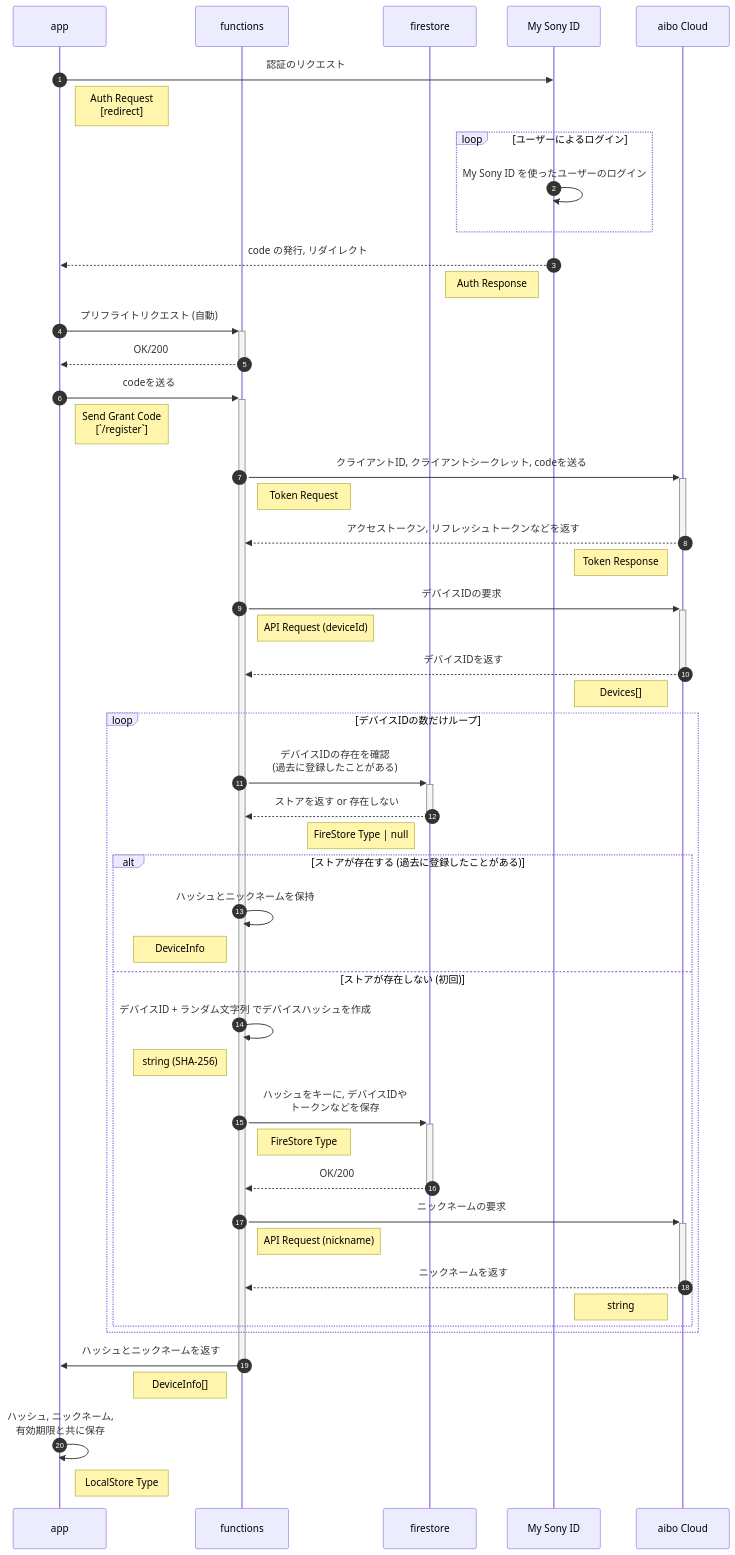
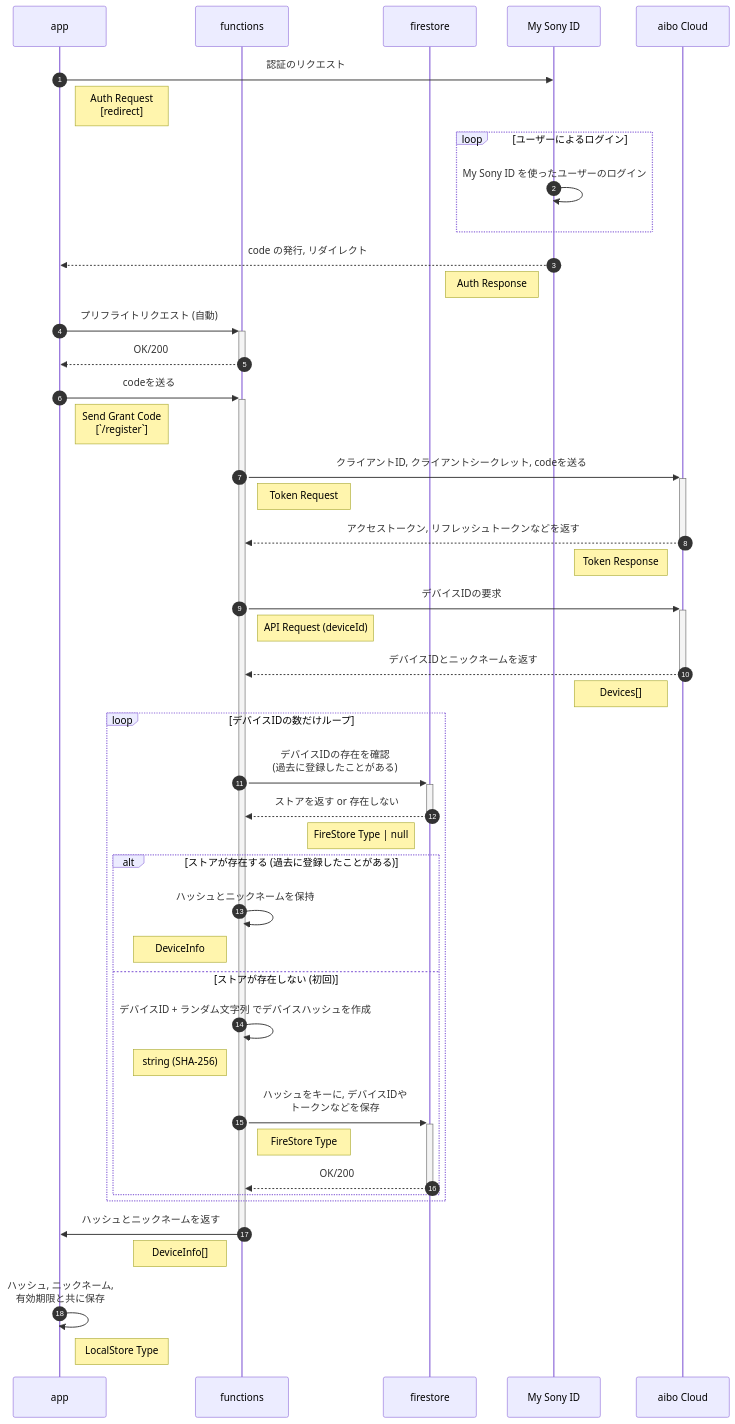
One commit to misc-org/aibo-de-quiz changed the first of 4 diagrams in README.md. Above: the diagram before and after it, drawn with Mermaid.

Commit message:
🐛 ニックネームらへん修正

````diff
--- a/README.md
+++ b/README.md
@@ -23,68 +23,62 @@
 ```mermaid
 sequenceDiagram
   autonumber
 	participant app
 	participant functions
 	participant firestore
 	participant My Sony ID
   participant aibo Cloud
 
 	app ->> My Sony ID: 認証のリクエスト
   Note right of app: Auth Request <br /> [redirect]
 
   loop ユーザーによるログイン
     My Sony ID ->> My Sony ID: My Sony ID を使ったユーザーのログイン
   end
 
   My Sony ID -->> app: code の発行, リダイレクト
   Note left of My Sony ID: Auth Response
 
   app ->>+ functions: プリフライトリクエスト (自動)
   functions -->>- app: OK/200
 
   app ->>+ functions: codeを送る
   Note right of app: Send Grant Code <br /> [`/register`]
 
   functions ->>+ aibo Cloud: クライアントID, クライアントシークレット, codeを送る
   Note right of functions: Token Request
 
   aibo Cloud -->>- functions: アクセストークン, リフレッシュトークンなどを返す
   Note left of aibo Cloud: Token Response
 
   functions ->>+ aibo Cloud: デバイスIDの要求
   Note right of functions: API Request (deviceId)
 
-  aibo Cloud -->>- functions: デバイスIDを返す
+  aibo Cloud -->>- functions: デバイスIDとニックネームを返す
   Note left of aibo Cloud: Devices[]
 
   loop デバイスIDの数だけループ
 
   functions ->>+ firestore: デバイスIDの存在を確認 <br /> (過去に登録したことがある)
   firestore -->>- functions: ストアを返す or 存在しない
   Note left of firestore: FireStore Type | null
 
   alt ストアが存在する (過去に登録したことがある)
     functions ->> functions: ハッシュとニックネームを保持
     Note left of functions: DeviceInfo
 
   else ストアが存在しない (初回)
     functions ->> functions: デバイスID + ランダム文字列 でデバイスハッシュを作成
     Note left of functions: string (SHA-256)
 
     functions ->>+ firestore: ハッシュをキーに, デバイスIDや<br />トークンなどを保存
     Note right of functions: FireStore Type
     firestore -->>- functions: OK/200
-
-    functions ->>+ aibo Cloud: ニックネームの要求
-    Note right of functions: API Request (nickname)
-
-    aibo Cloud -->>- functions: ニックネームを返す
-    Note left of aibo Cloud: string
-  end
+   end
   end
   functions ->>- app: ハッシュとニックネームを返す
   Note left of functions: DeviceInfo[]
 
   app ->> app: ハッシュ, ニックネーム,<br />有効期限と共に保存
   Note right of app: LocalStore Type
 ```
````
